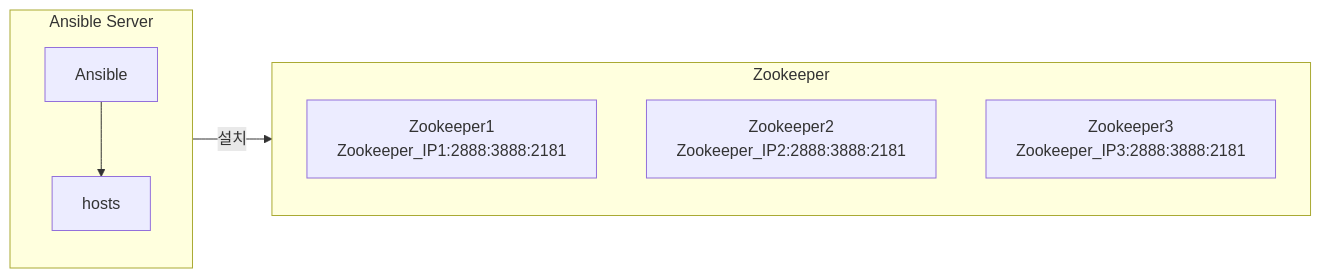
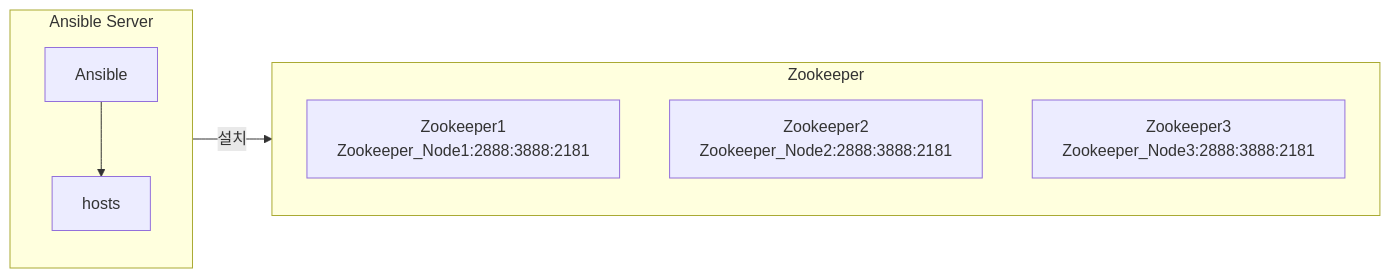
The diagram in rocky9/app/zookeeper/ansible_install/readme.md (QubitSecurity/howto), drawn with Mermaid before and after one commit.

````diff
--- a/rocky9/app/zookeeper/ansible_install/readme.md
+++ b/rocky9/app/zookeeper/ansible_install/readme.md
@@ -26,26 +26,25 @@
 ```mermaid
 graph LR;
 
     %% Define layout direction and spacing
    %% style Ansible_Server fill:#f9f,stroke:#333,stroke-width:2px,height:200px;
    %% style Zookeeper fill:#cfc,stroke:#333,stroke-width:2px;
 
 
     %% Ansible Server Section
     subgraph Ansible_Server[Ansible Server]
         direction TB
         Ansible1[Ansible]
         hosts[hosts]
         Ansible1 --> hosts
     end
 
     %% Zookeeper Section
     subgraph Zookeeper[Zookeeper]
         direction TB
-        Zookeeper1[Zookeeper1<br>Zookeeper_IP1:2888:3888:2181]
-        Zookeeper2[Zookeeper2<br>Zookeeper_IP2:2888:3888:2181]
-        Zookeeper3[Zookeeper3<br>Zookeeper_IP3:2888:3888:2181]
+        Zookeeper1[Zookeeper1<br>Zookeeper_Node1:2888:3888:2181]
+        Zookeeper2[Zookeeper2<br>Zookeeper_Node2:2888:3888:2181]
+        Zookeeper3[Zookeeper3<br>Zookeeper_Node3:2888:3888:2181]
     end
-
-    hosts -->|설치| Zookeeper
+hosts -->|설치| Zookeeper
 ```
````
